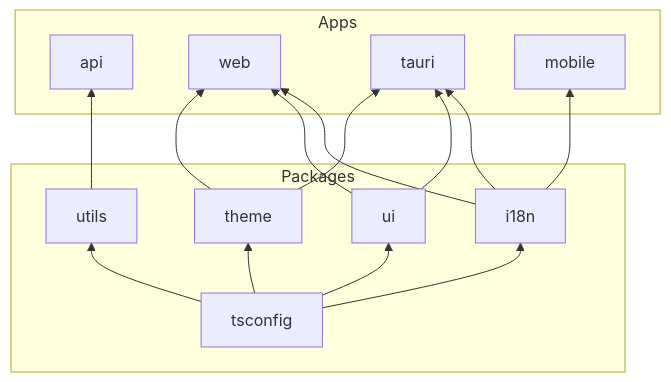
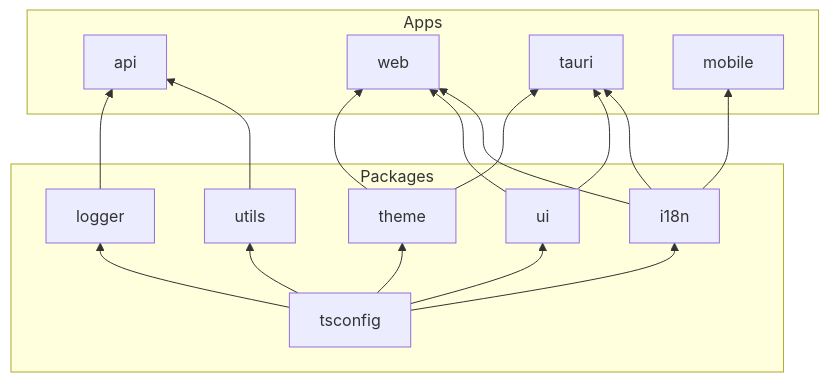
The diagram in docs/README.md (Pleasurecruise/my-monorepo), drawn with Mermaid before and after one commit. The commit also changed other lines of this file and 11 other files, not shown here.

````diff
--- a/docs/README.md
+++ b/docs/README.md
@@ -20,23 +21,25 @@
 ```mermaid
 graph BT
     subgraph Packages
         TSCONFIG[tsconfig]
         UTILS[utils]
         I18N[i18n]
         UI[ui]
         THEME[theme]
+        LOGGER[logger]
     end
 
     subgraph Apps
         API[api]
         WEB[web]
         TAURI[tauri]
         MOBILE[mobile]
     end
 
-    TSCONFIG --> UTILS & I18N & UI & THEME
+    TSCONFIG --> UTILS & I18N & UI & THEME & LOGGER
     UTILS --> API
+    LOGGER --> API
     I18N --> WEB & TAURI & MOBILE
     UI --> WEB & TAURI
     THEME --> WEB & TAURI
 ```
````
